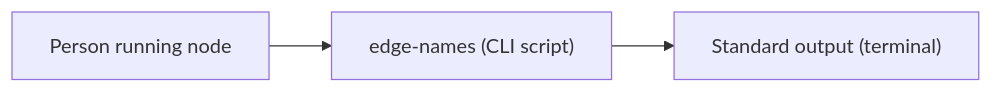
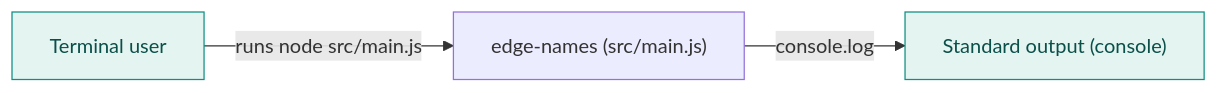
The first of 3 diagrams in examples/edge-names/docs/codemap/architecture.md (hxxnn/codemap), drawn with Mermaid before and after one commit. The commit also changed other lines of this file and 35 other files, not shown here.

````diff
--- a/examples/edge-names/docs/codemap/architecture.md
+++ b/examples/edge-names/docs/codemap/architecture.md
@@ -14,8 +16,9 @@
 ```mermaid
 flowchart LR
-  user["Person running node"]
-  app["edge-names (CLI script)"]
-  out["Standard output (terminal)"]
-  user --> app
-  app --> out
+  n1["Terminal user"]:::external
+  n2["edge-names (src/main.js)"]
+  n3["Standard output (console)"]:::external
+  n1 -->|"runs node src/main.js"| n2
+  n2 -->|"console.log"| n3
+  classDef external fill:#E3F4F1,stroke:#0E8F83,color:#0B4F49
 ```
````
